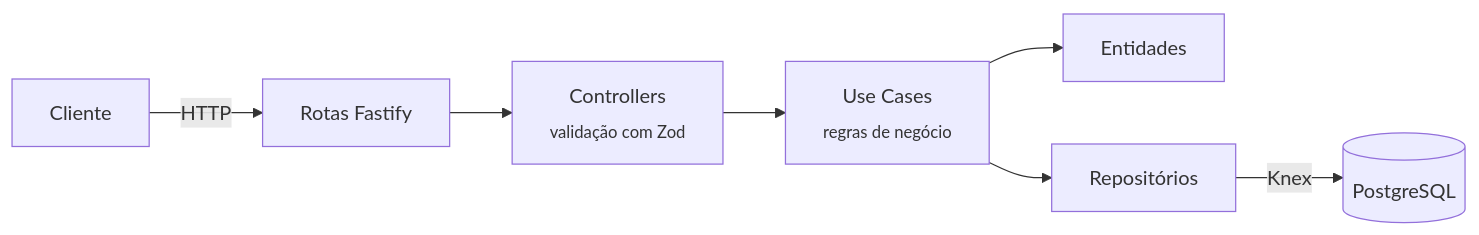
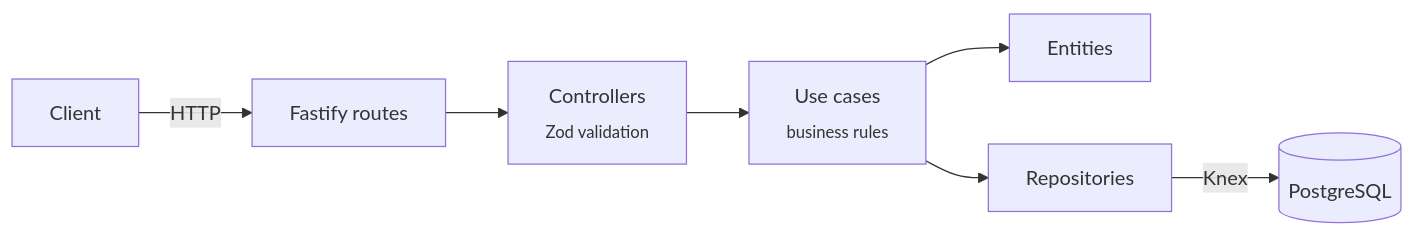
The first of 3 diagrams in README.md (agustinhopneto/dc-elitehome-api), drawn with Mermaid before and after one commit. The commit also changed other lines of this file, not shown here.

````diff
--- a/README.md
+++ b/README.md
@@ -51,9 +51,9 @@
 ```mermaid
 flowchart LR
-    C[Cliente] -->|HTTP| R[Rotas Fastify]
-    R --> CT[Controllers<br/><sub>validação com Zod</sub>]
-    CT --> UC[Use Cases<br/><sub>regras de negócio</sub>]
-    UC --> E[Entidades]
-    UC --> RP[Repositórios]
+    C[Client] -->|HTTP| R[Fastify routes]
+    R --> CT[Controllers<br/><sub>Zod validation</sub>]
+    CT --> UC[Use cases<br/><sub>business rules</sub>]
+    UC --> E[Entities]
+    UC --> RP[Repositories]
     RP -->|Knex| DB[(PostgreSQL)]
 ```
````
